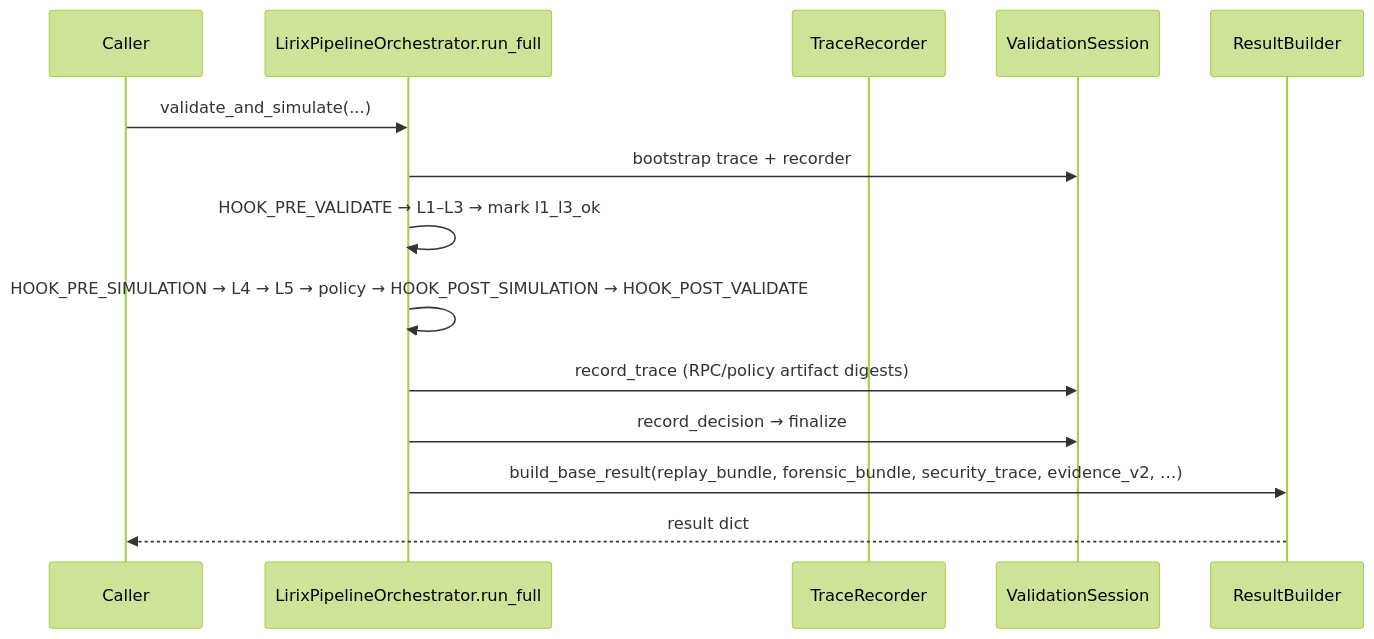
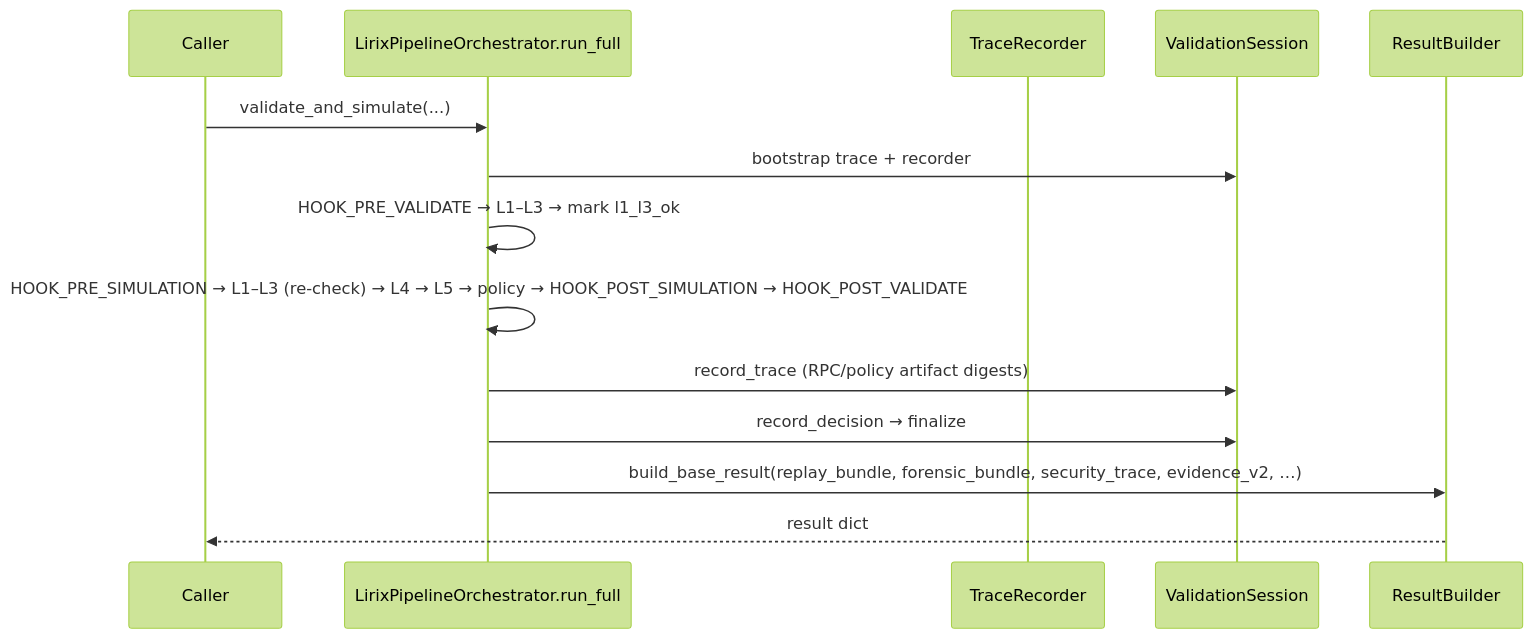
The second of 2 diagrams in docs/pipeline_evidence_flow.md (lokii-D/lirix), drawn with Mermaid (forest theme) before and after one commit. The commit also changed other lines of this file and 17 other files, not shown here.

First line of the commit message:
feat(release): publish v2.0.4 with post-pre-simulation L1–L3 revalidation

````diff
--- a/docs/pipeline_evidence_flow.md
+++ b/docs/pipeline_evidence_flow.md
@@ -67,17 +69,17 @@
 ```mermaid
 sequenceDiagram
   participant U as Caller
   participant F as LirixPipelineOrchestrator.run_full
   participant R as TraceRecorder
   participant S as ValidationSession
   participant B as ResultBuilder
 
   U->>F: validate_and_simulate(...)
   F->>S: bootstrap trace + recorder
   F->>F: HOOK_PRE_VALIDATE → L1–L3 → mark l1_l3_ok
-  F->>F: HOOK_PRE_SIMULATION → L4 → L5 → policy → HOOK_POST_SIMULATION → HOOK_POST_VALIDATE
+  F->>F: HOOK_PRE_SIMULATION → L1–L3 (re-check) → L4 → L5 → policy → HOOK_POST_SIMULATION → HOOK_POST_VALIDATE
   F->>S: record_trace (RPC/policy artifact digests)
   F->>S: record_decision → finalize
   F->>B: build_base_result(replay_bundle, forensic_bundle, security_trace, evidence_v2, …)
   B-->>U: result dict
 ```
````
